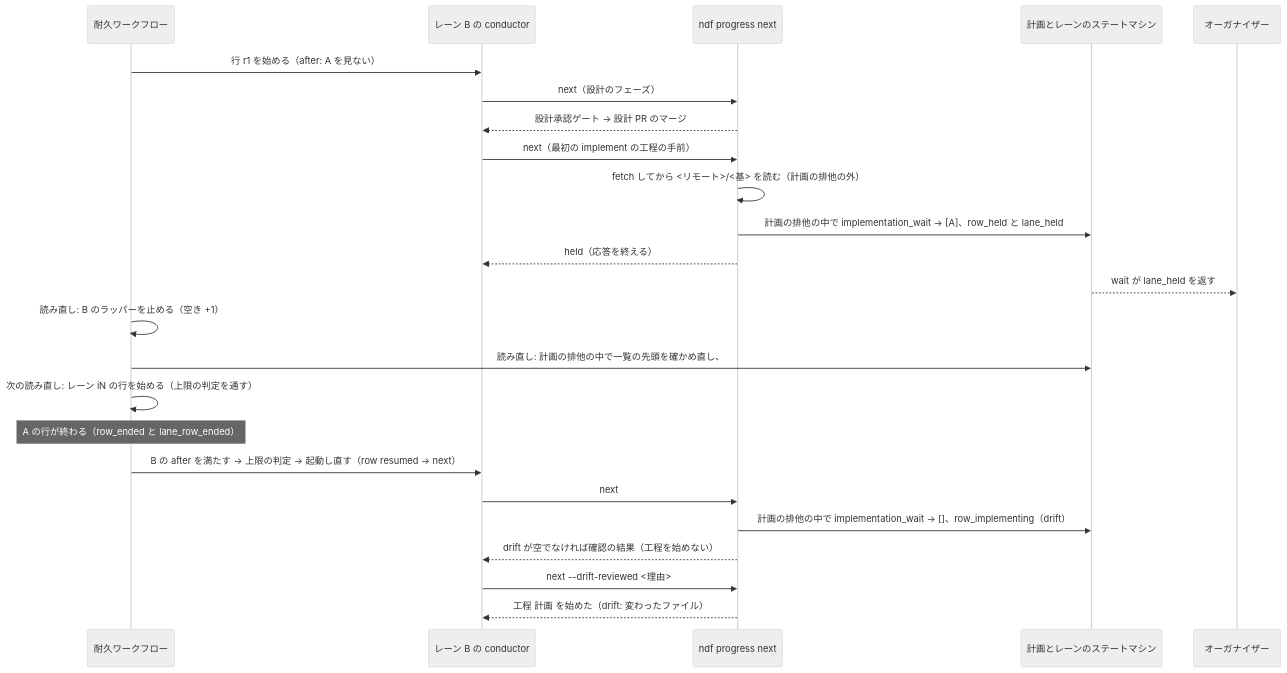
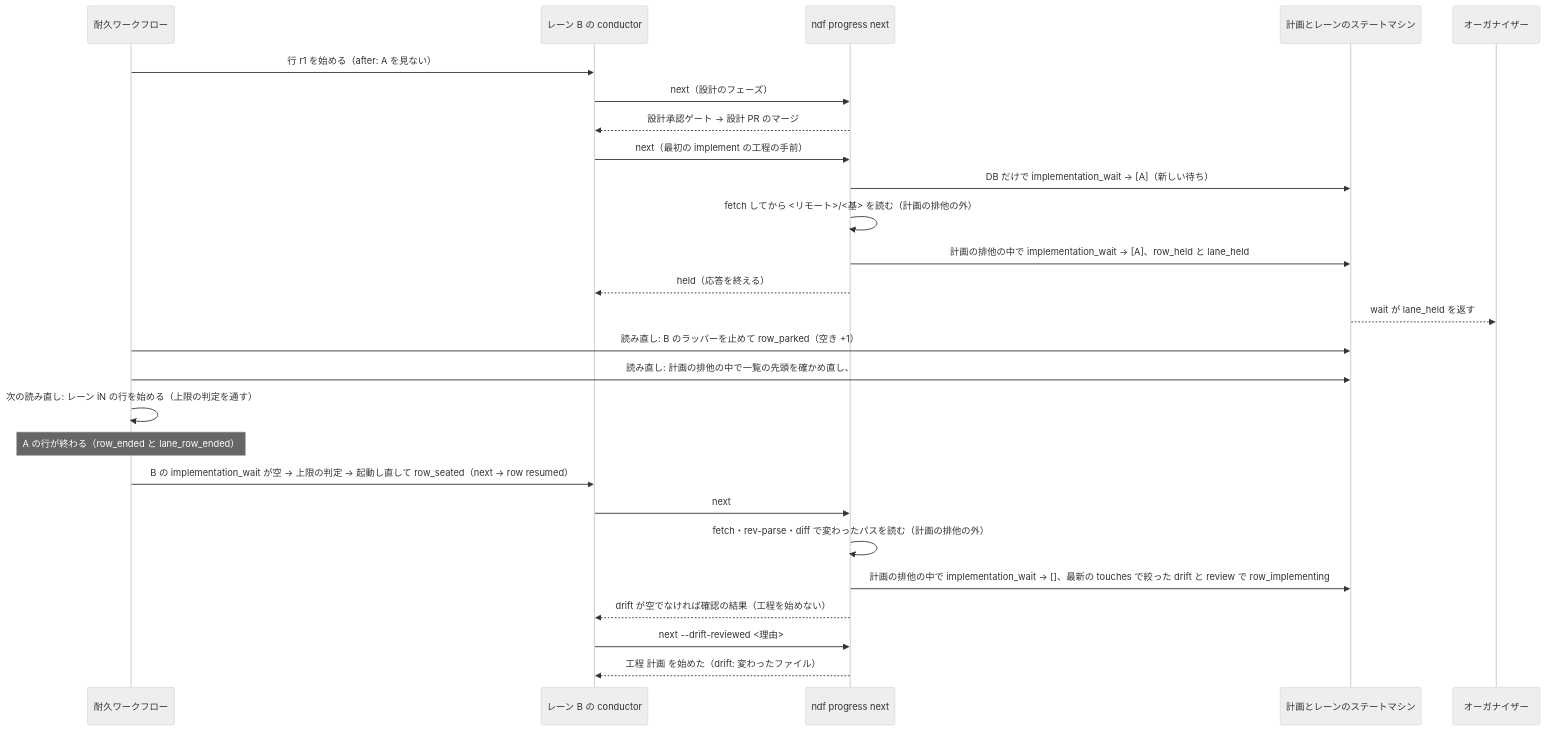
The third of 3 diagrams in issues/issue-4050-design.md (devbasex/ai-plugins), drawn with Mermaid (neutral theme) before and after one commit. The commit also changed other lines of this file and 1 other file, not shown here.

First line of the commit message:
Docs: #4050 の設計を cross-review の r2 の指摘で直す（席の返却の記録・起動し直しの条件・Git を読む時点・wait の Env）

````diff
--- a/issues/issue-4050-design.md
+++ b/issues/issue-4050-design.md
@@ -237,26 +242,28 @@
 ```mermaid
 sequenceDiagram
   participant WF as 耐久ワークフロー
   participant C as レーン B の conductor
   participant P as ndf progress next
   participant M as 計画とレーンのステートマシン
   participant O as オーガナイザー
   WF->>C: 行 r1 を始める（after: A を見ない）
   C->>P: next（設計のフェーズ）
   P-->>C: 設計承認ゲート → 設計 PR のマージ
   C->>P: next（最初の implement の工程の手前）
+  P->>M: DB だけで implementation_wait → [A]（新しい待ち）
   P->>P: fetch してから <リモート>/<基> を読む（計画の排他の外）
   P->>M: 計画の排他の中で implementation_wait → [A]、row_held と lane_held
   P-->>C: held（応答を終える）
   M-->>O: wait が lane_held を返す
-  WF->>WF: 読み直し: B のラッパーを止める（空き +1）
+  WF->>M: 読み直し: B のラッパーを止めて row_parked（空き +1）
   WF->>M: 読み直し: 計画の排他の中で一覧の先頭を確かめ直し、#N を lane_added（workflow）
   WF->>WF: 次の読み直し: レーン iN の行を始める（上限の判定を通す）
   Note over WF: A の行が終わる（row_ended と lane_row_ended）
-  WF->>C: B の after を満たす → 上限の判定 → 起動し直す（row resumed → next）
+  WF->>C: B の implementation_wait が空 → 上限の判定 → 起動し直して row_seated（next → row resumed）
   C->>P: next
-  P->>M: 計画の排他の中で implementation_wait → []、row_implementing（drift）
+  P->>P: fetch・rev-parse・diff で変わったパスを読む（計画の排他の外）
+  P->>M: 計画の排他の中で implementation_wait → []、最新の touches で絞った drift と review で row_implementing
   P-->>C: drift が空でなければ確認の結果（工程を始めない）
   C->>P: next --drift-reviewed <理由>
   P-->>C: 工程 計画 を始めた（drift: 変わったファイル）
 ```
````
